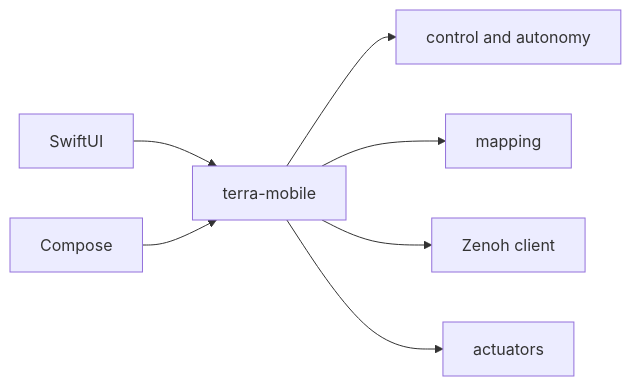
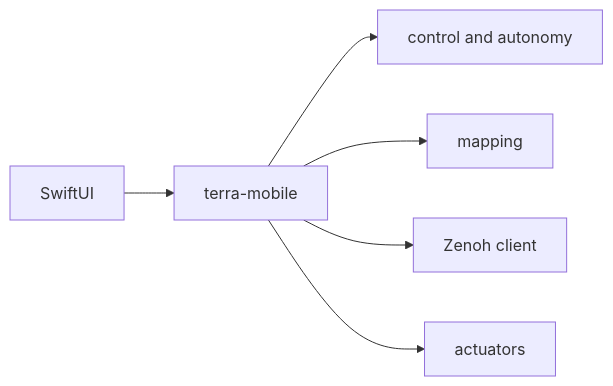
The diagram in docs/crates/terra-mobile.md (Super-Yojan/Terra), drawn with Mermaid before and after one commit. The commit also changed other lines of this file and 71 other files, not shown here.

First line of the commit message:
Remove the Android app and Kotlin-only FFI

````diff
--- a/docs/crates/terra-mobile.md
+++ b/docs/crates/terra-mobile.md
@@ -10,9 +9,8 @@
 ```mermaid
 flowchart LR
   Swift[SwiftUI] --> FFI[terra-mobile]
-  Kotlin[Compose] --> FFI
   FFI --> Ctrl[control and autonomy]
   FFI --> Map[mapping]
   FFI --> Zen[Zenoh client]
   FFI --> Act[actuators]
 ```
````
